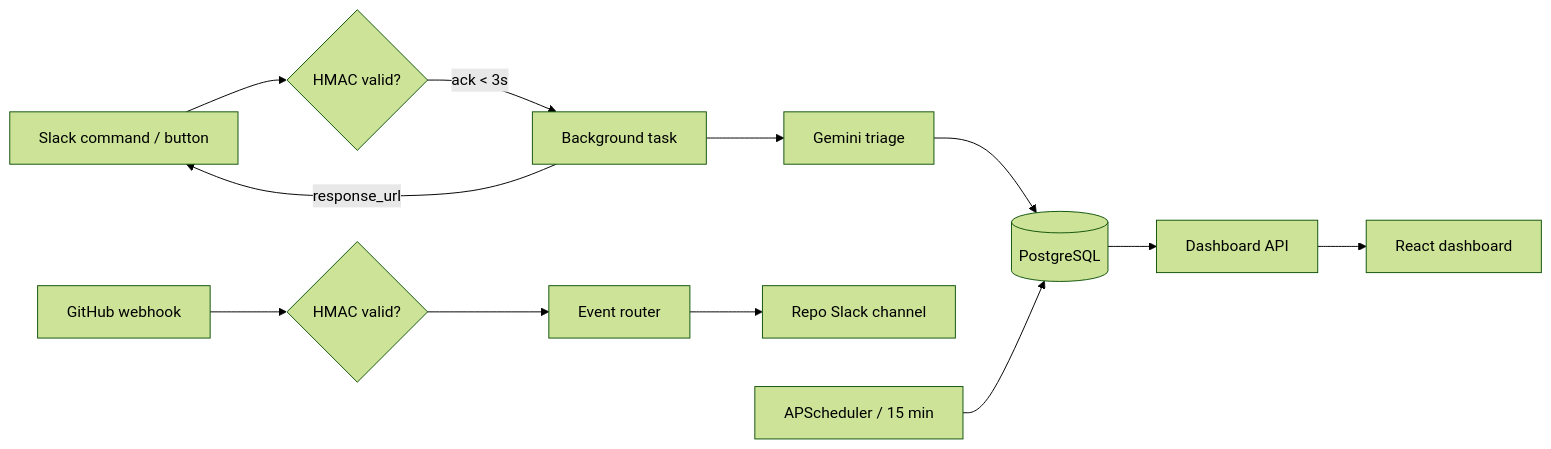
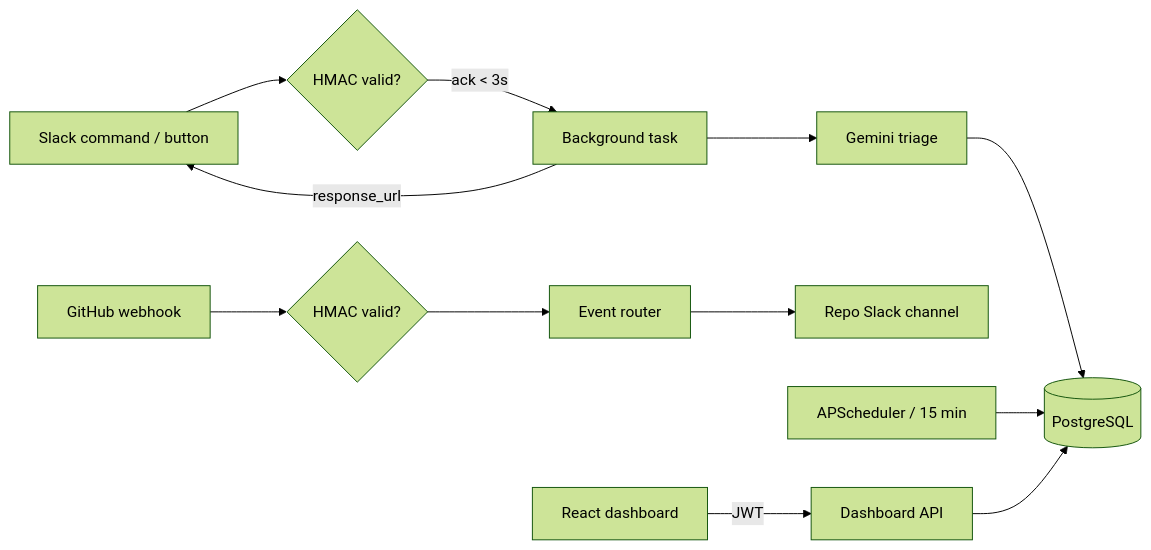
Before and after one commit to Jairamhegde/ResolveOps: the second of 2 diagrams in Readme.md, drawn with Mermaid (forest theme). The commit also changed other lines of this file and 32 other files, not shown here.

````diff
--- a/Readme.md
+++ b/Readme.md
@@ -78,9 +127,9 @@
 ```mermaid
 flowchart LR
     S[Slack command / button] --> V{HMAC valid?} -->|ack < 3s| BG[Background task]
     BG --> AI[Gemini triage] --> DB[(PostgreSQL)]
     BG -->|response_url| S
     GH[GitHub webhook] --> V2{HMAC valid?} --> R[Event router] --> CH[Repo Slack channel]
     SCH[APScheduler / 15 min] --> DB
-    DB --> API[Dashboard API] --> UI[React dashboard]
+    UI[React dashboard] -->|JWT| API[Dashboard API] --> DB
 ```
````
